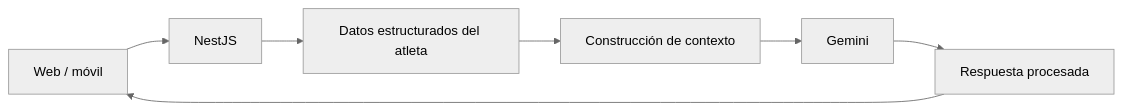
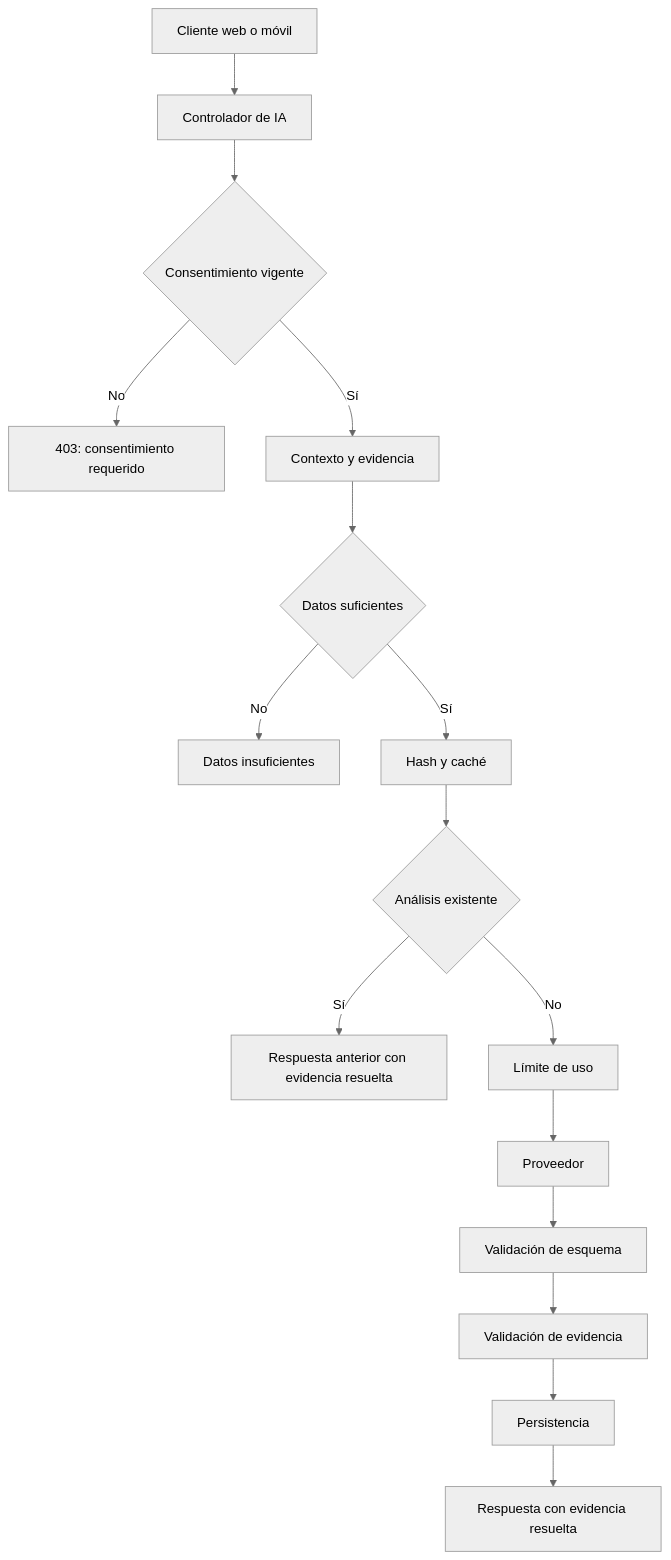
The diagram in docs/architecture/ai-flow.md (David7u79/Prototipo), drawn with Mermaid (neutral theme) before and after one commit. The commit also changed other lines of this file and 13 other files, not shown here.

````diff
--- a/docs/architecture/ai-flow.md
+++ b/docs/architecture/ai-flow.md
@@ -3,9 +3,18 @@
 ```mermaid
-flowchart LR
-  C[Web / móvil] --> A[NestJS]
-  A --> D[Datos estructurados del atleta]
-  D --> X[Construcción de contexto]
-  X --> G[Gemini]
-  G --> P[Respuesta procesada]
-  P --> C
+flowchart TD
+  C[Cliente web o móvil] --> K[Controlador de IA]
+  K --> Q{Consentimiento vigente}
+  Q -- No --> R1[403: consentimiento requerido]
+  Q -- Sí --> B[Contexto y evidencia]
+  B --> S{Datos suficientes}
+  S -- No --> R2[Datos insuficientes]
+  S -- Sí --> H[Hash y caché]
+  H --> C1{Análisis existente}
+  C1 -- Sí --> R3[Respuesta anterior con evidencia resuelta]
+  C1 -- No --> L[Límite de uso]
+  L --> P[Proveedor]
+  P --> V1[Validación de esquema]
+  V1 --> V2[Validación de evidencia]
+  V2 --> D[Persistencia]
+  D --> R4[Respuesta con evidencia resuelta]
 ```
````
